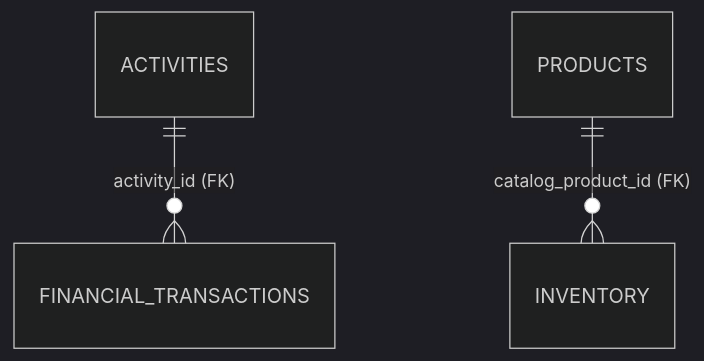
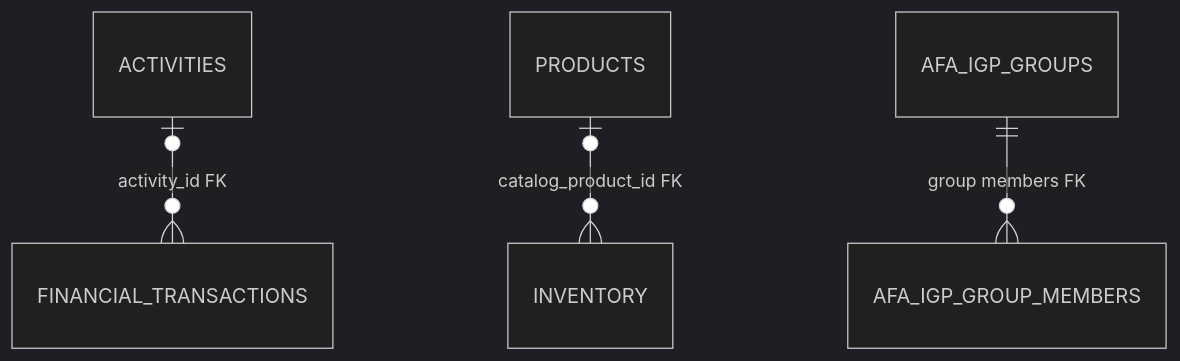
One commit to DiAmOndR0ns/alegriafarmersassociation changed the diagram in docs/DATABASE-SCHEMA-ANALYSIS.md. Above: the diagram before and after it, drawn with Mermaid (dark theme). The commit also changed other lines of this file and 13 other files, not shown here.

````diff
--- a/docs/DATABASE-SCHEMA-ANALYSIS.md
+++ b/docs/DATABASE-SCHEMA-ANALYSIS.md
@@ -92,5 +104,6 @@
 ```mermaid
 erDiagram
-    ACTIVITIES ||--o{ FINANCIAL_TRANSACTIONS : "activity_id (FK)"
-    PRODUCTS   ||--o{ INVENTORY             : "catalog_product_id (FK)"
+    ACTIVITIES |o--o{ FINANCIAL_TRANSACTIONS : "activity_id FK"
+    PRODUCTS |o--o{ INVENTORY : "catalog_product_id FK"
+    AFA_IGP_GROUPS ||--o{ AFA_IGP_GROUP_MEMBERS : "group members FK"
 ```
````
